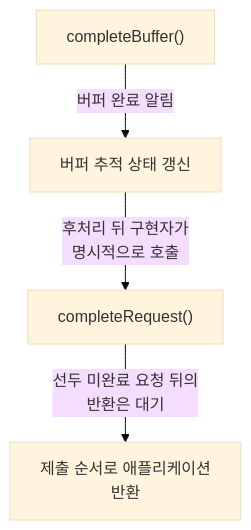
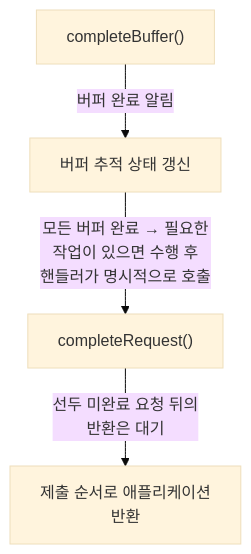
One commit to TTolsun/libcamera-sdd changed the diagram in docs/pipeline-requests.buffer-request-completion.mmd. Above: the diagram before and after it, drawn with Mermaid (base theme). The commit also changed 95 other files, not shown here.

```diff
--- a/docs/pipeline-requests.buffer-request-completion.mmd
+++ b/docs/pipeline-requests.buffer-request-completion.mmd
@@ -1,9 +1,9 @@
 flowchart TB
-%% sdd:translations {"completeBuffer#40;#41;": "completeBuffer#40;#41;", "completeRequest#40;#41;": "completeRequest#40;#41;", "버퍼 완료 알림": "Notify buffer completion", "버퍼 추적 상태 갱신": "Update buffer completion <br/>tracking", "선두 미완료 요청 뒤의 <br/>반환은 대기": "Wait behind an incomplete <br/>head request", "제출 순서로 애플리케이션 <br/>반환": "Return to application in <br/>submission order", "후처리 뒤 구현자가 <br/>명시적으로 호출": "Handler explicitly <br/>completes after remaining <br/>work"}
+%% sdd:translations {"completeBuffer#40;#41;": "completeBuffer#40;#41;", "completeRequest#40;#41;": "completeRequest#40;#41;", "모든 버퍼 완료 → 필요한 <br/>작업이 있으면 수행 후 <br/>핸들러가 명시적으로 호출": "All buffers complete → <br/>handler performs any <br/>remaining work if needed, <br/>then explicitly calls", "버퍼 완료 알림": "Notify buffer completion", "버퍼 추적 상태 갱신": "Update buffer completion <br/>tracking", "선두 미완료 요청 뒤의 <br/>반환은 대기": "Wait behind an incomplete <br/>head request", "제출 순서로 애플리케이션 <br/>반환": "Return to application in <br/>submission order"}
   v_buffer["completeBuffer#40;#41;"]
   v_remaining["버퍼 추적 상태 갱신"]
   v_request["completeRequest#40;#41;"]
   v_application["제출 순서로 애플리케이션 <br/>반환"]
   v_buffer -->|"버퍼 완료 알림"| v_remaining
-  v_remaining -->|"후처리 뒤 구현자가 <br/>명시적으로 호출"| v_request
+  v_remaining -->|"모든 버퍼 완료 → 필요한 <br/>작업이 있으면 수행 후 <br/>핸들러가 명시적으로 호출"| v_request
   v_request -->|"선두 미완료 요청 뒤의 <br/>반환은 대기"| v_application
```
